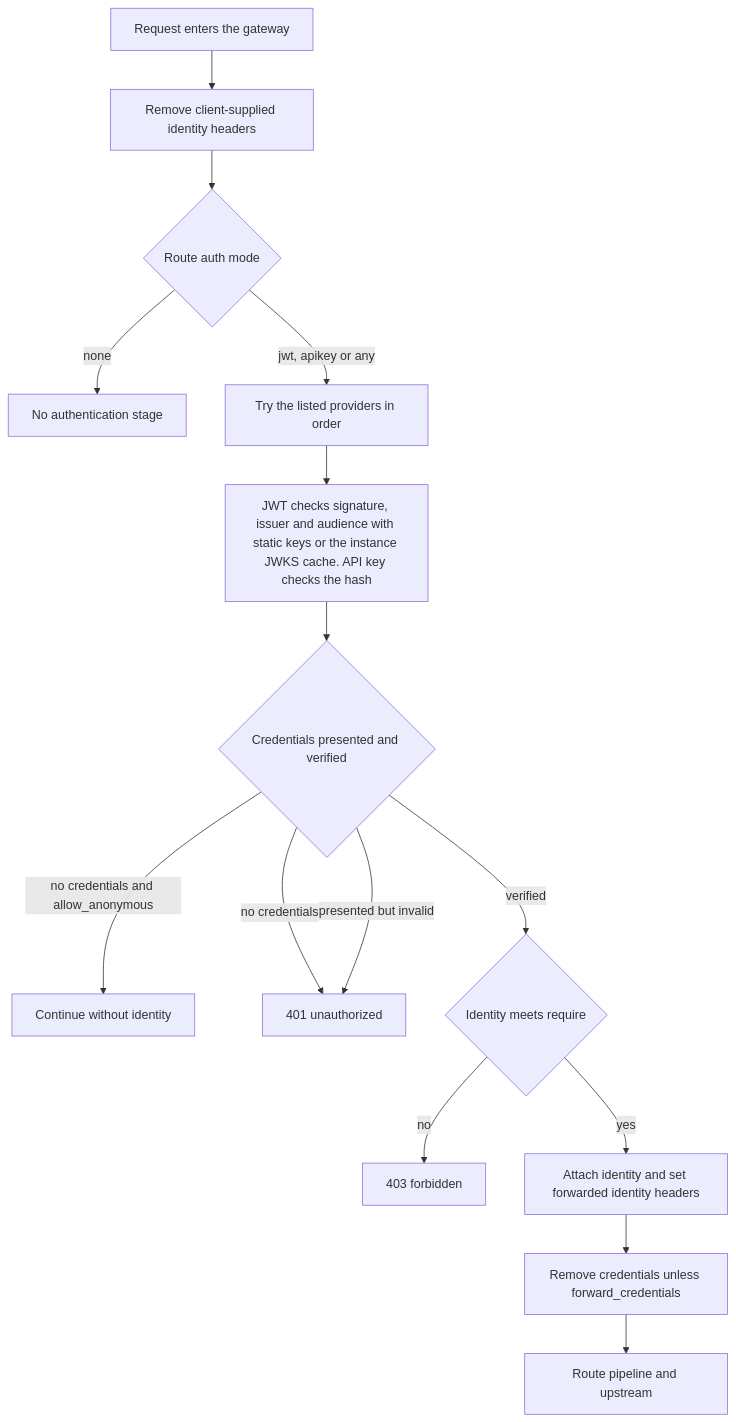
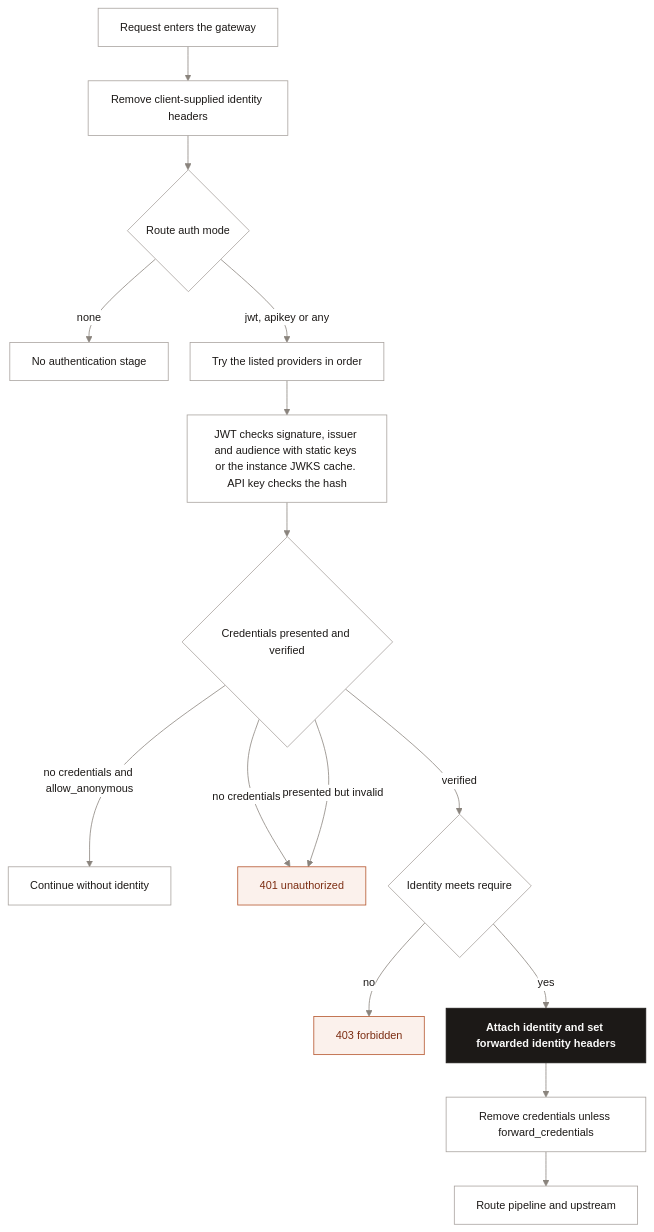
Before and after one commit to ok0/go-microgateway: the first of 3 diagrams in docs/middleware.md, drawn with Mermaid. The commit also changed other lines of this file and 4 other files, not shown here.

Commit message:
docs: restyle the Mermaid diagrams with a neutral theme

````diff
--- a/docs/middleware.md
+++ b/docs/middleware.md
@@ -120,17 +120,23 @@
 ```mermaid
+%%{init: {"theme": "base", "themeVariables": {"fontFamily": "-apple-system, BlinkMacSystemFont, Segoe UI, Helvetica, Arial, sans-serif", "fontSize": "14px", "primaryColor": "#ffffff", "primaryTextColor": "#1c1917", "primaryBorderColor": "#a8a29e", "lineColor": "#8a847d", "clusterBkg": "#f5f4f1", "clusterBorder": "#e2dfd9", "titleColor": "#57534e", "edgeLabelBackground": "#ffffff", "actorBkg": "#ffffff", "actorBorder": "#a8a29e", "actorTextColor": "#1c1917", "actorLineColor": "#d6d3cd", "signalColor": "#8a847d", "signalTextColor": "#7d7670", "labelBoxBkgColor": "#f5f4f1", "labelBoxBorderColor": "#d6d3cd", "labelTextColor": "#1c1917", "loopTextColor": "#7d7670", "noteBkgColor": "#f5f4f1", "noteBorderColor": "#d6d3cd", "noteTextColor": "#1c1917", "activationBkgColor": "#f5f4f1", "activationBorderColor": "#a8a29e"}, "flowchart": {"curve": "basis", "nodeSpacing": 28, "rankSpacing": 44, "padding": 14}}}%%
 flowchart TD
     A["Request enters the gateway"] --> B["Remove client-supplied identity headers"]
     B --> C{"Route auth mode"}
     C -- "none" --> P["No authentication stage"]
     C -- "jwt, apikey or any" --> D["Try the listed providers in order"]
     D --> E["JWT checks signature, issuer and audience with static keys or the instance JWKS cache. API key checks the hash"]
     E --> F{"Credentials presented and verified"}
     F -- "no credentials and allow_anonymous" --> P2["Continue without identity"]
     F -- "no credentials" --> U["401 unauthorized"]
     F -- "presented but invalid" --> U
     F -- "verified" --> G{"Identity meets require"}
     G -- "no" --> X["403 forbidden"]
     G -- "yes" --> H["Attach identity and set forwarded identity headers"]
     H --> I["Remove credentials unless forward_credentials"]
     I --> J["Route pipeline and upstream"]
+
+    classDef core fill:#1c1917,stroke:#1c1917,color:#fafaf9,font-weight:600
+    classDef stop fill:#fbf1ec,stroke:#b4532a,color:#7c2d12
+    class H core
+    class U,X stop
 ```
````
